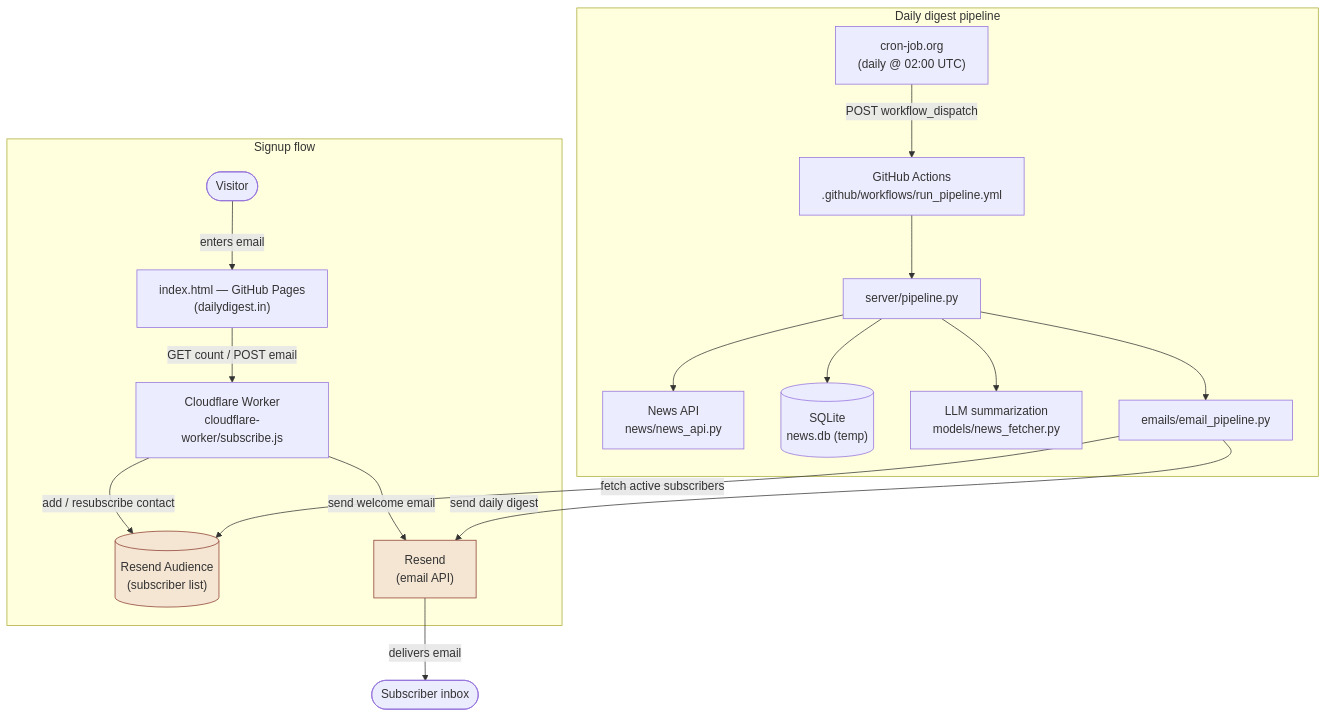
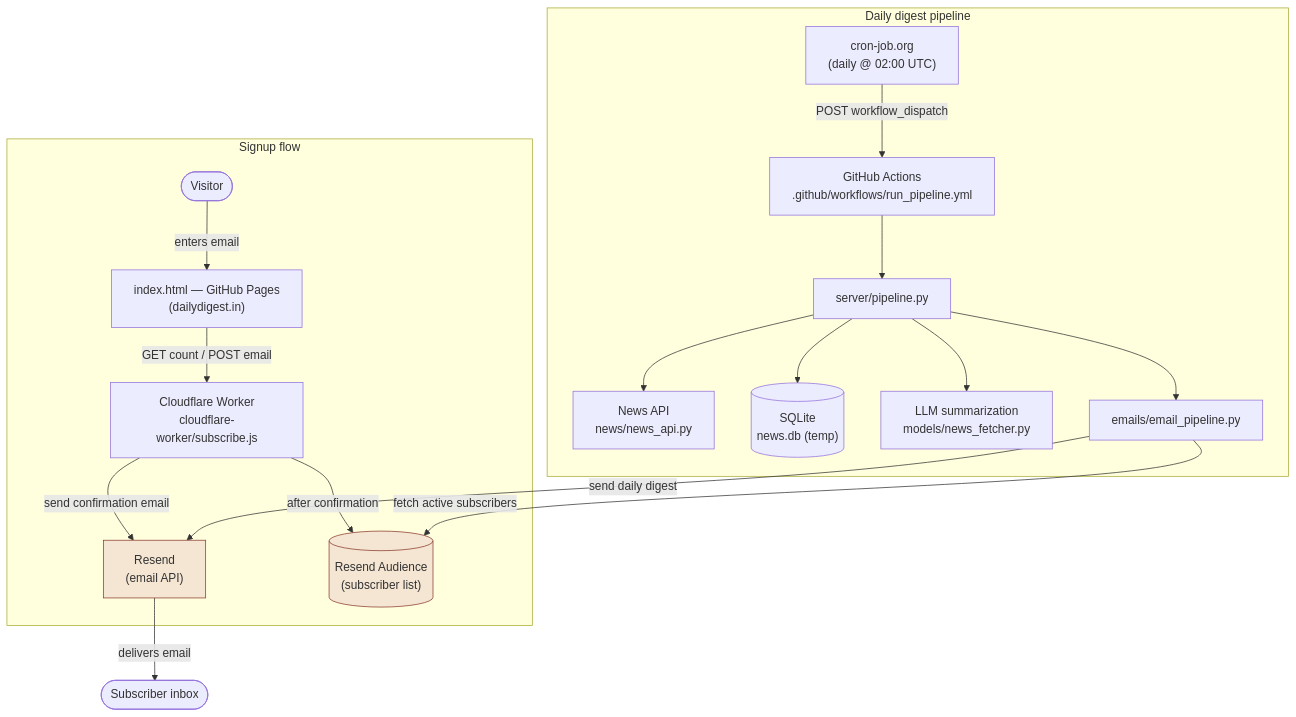
One commit to RUDRARAJUCHAITANYAVARMA/Daily-Digest changed the diagram in README.md. Above: the diagram before and after it, drawn with Mermaid. The commit also changed other lines of this file and 4 other files, not shown here.

Commit message:
feat: implement email confirmation process for Daily Digest subscriptions

````diff
--- a/README.md
+++ b/README.md
@@ -6,25 +6,25 @@
 ```mermaid
 flowchart TD
     subgraph Signup["Signup flow"]
         Visitor(["Visitor"]) -->|"enters email"| Site["index.html — GitHub Pages\n(dailydigest.in)"]
         Site -->|"GET count / POST email"| Worker["Cloudflare Worker\ncloudflare-worker/subscribe.js"]
-        Worker -->|"add / resubscribe contact"| Audience[("Resend Audience\n(subscriber list)")]
-        Worker -->|"send welcome email"| Resend["Resend\n(email API)"]
+        Worker -->|"send confirmation email"| Resend["Resend\n(email API)"]
+        Worker -->|"after confirmation"| Audience[("Resend Audience\n(subscriber list)")]
     end
 
     subgraph Daily["Daily digest pipeline"]
         Cron["cron-job.org\n(daily @ 02:00 UTC)"] -->|"POST workflow_dispatch"| GHA["GitHub Actions\n.github/workflows/run_pipeline.yml"]
         GHA --> Pipeline["server/pipeline.py"]
         Pipeline --> NewsAPI["News API\nnews/news_api.py"]
         Pipeline --> DB[("SQLite\nnews.db (temp)")]
         Pipeline --> LLM["LLM summarization\nmodels/news_fetcher.py"]
         Pipeline --> EmailPipeline["emails/email_pipeline.py"]
         EmailPipeline -->|"fetch active subscribers"| Audience
         EmailPipeline -->|"send daily digest"| Resend
     end
 
     Resend -->|"delivers email"| Inbox(["Subscriber inbox"])
 
     style Audience fill:#f5e6d3,stroke:#8B3A2E
     style Resend fill:#f5e6d3,stroke:#8B3A2E
 ```
````
